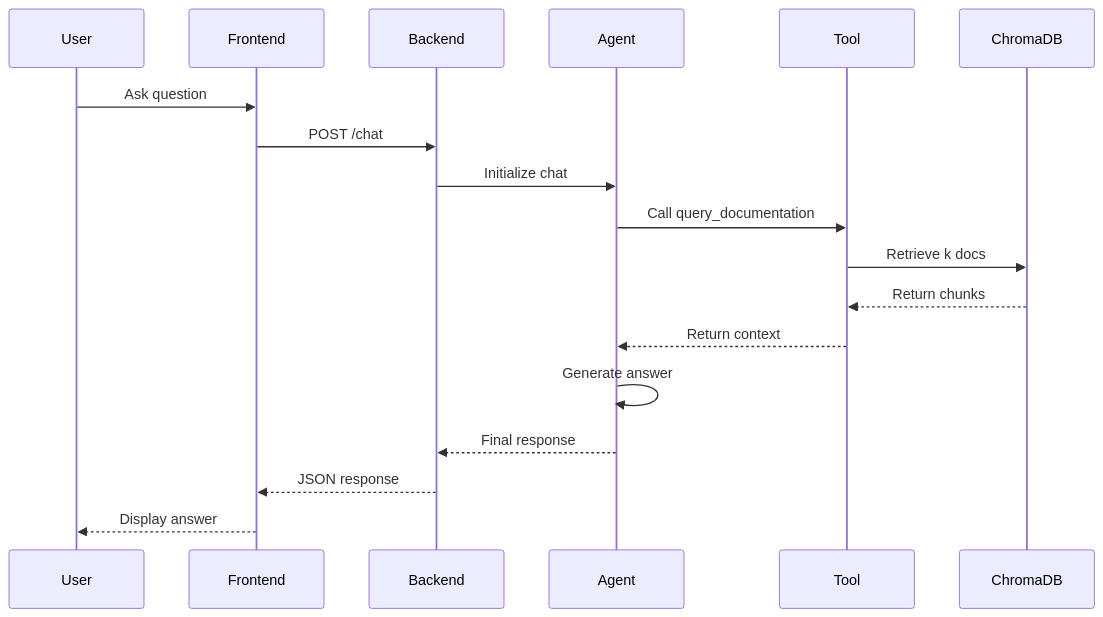
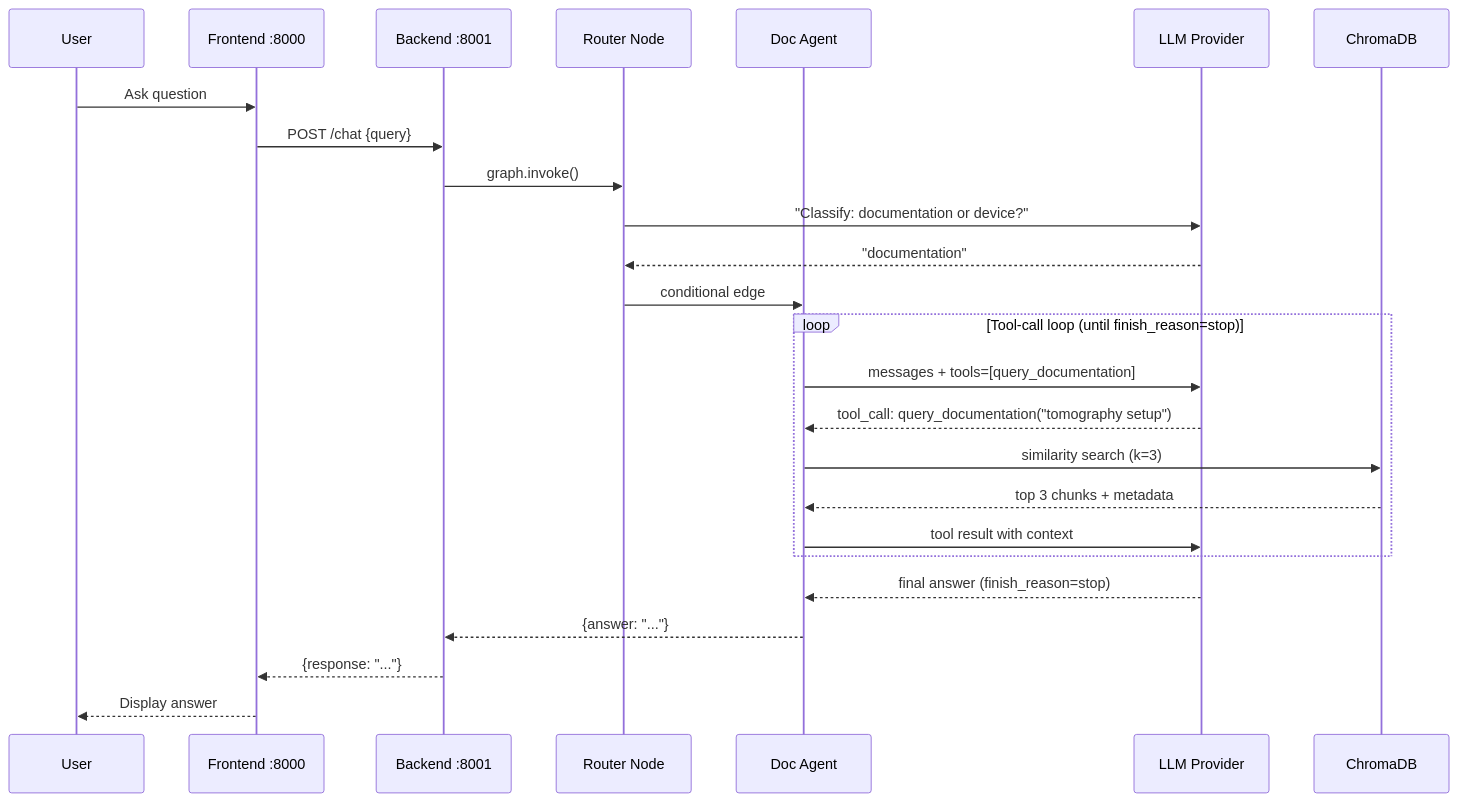
The second of 2 diagrams in README.md (MDecarabas/bait), drawn with Mermaid before and after one commit. The commit also changed other lines of this file and 16 other files, not shown here.

````diff
--- a/README.md
+++ b/README.md
@@ -269,21 +318,31 @@
 ```mermaid
 sequenceDiagram
     participant User
-    participant Frontend
-    participant Backend
-    participant Agent
-    participant Tool
+    participant Gradio as Frontend :8000
+    participant API as Backend :8001
+    participant Router as Router Node
+    participant DocAgent as Doc Agent
+    participant LLM as LLM Provider
     participant ChromaDB
 
-    User->>Frontend: Ask question
-    Frontend->>Backend: POST /chat
-    Backend->>Agent: Initialize chat
-    Agent->>Tool: Call query_documentation
-    Tool->>ChromaDB: Retrieve k docs
-    ChromaDB-->>Tool: Return chunks
-    Tool-->>Agent: Return context
-    Agent->>Agent: Generate answer
-    Agent-->>Backend: Final response
-    Backend-->>Frontend: JSON response
-    Frontend-->>User: Display answer
+    User->>Gradio: Ask question
+    Gradio->>API: POST /chat {query}
+    API->>Router: graph.invoke()
+    Router->>LLM: "Classify: documentation or device?"
+    LLM-->>Router: "documentation"
+
+    Router->>DocAgent: conditional edge
+
+    loop Tool-call loop (until finish_reason=stop)
+        DocAgent->>LLM: messages + tools=[query_documentation]
+        LLM-->>DocAgent: tool_call: query_documentation("tomography setup")
+        DocAgent->>ChromaDB: similarity search (k=3)
+        ChromaDB-->>DocAgent: top 3 chunks + metadata
+        DocAgent->>LLM: tool result with context
+    end
+
+    LLM-->>DocAgent: final answer (finish_reason=stop)
+    DocAgent-->>API: {answer: "..."}
+    API-->>Gradio: {response: "..."}
+    Gradio-->>User: Display answer
 ```
````
